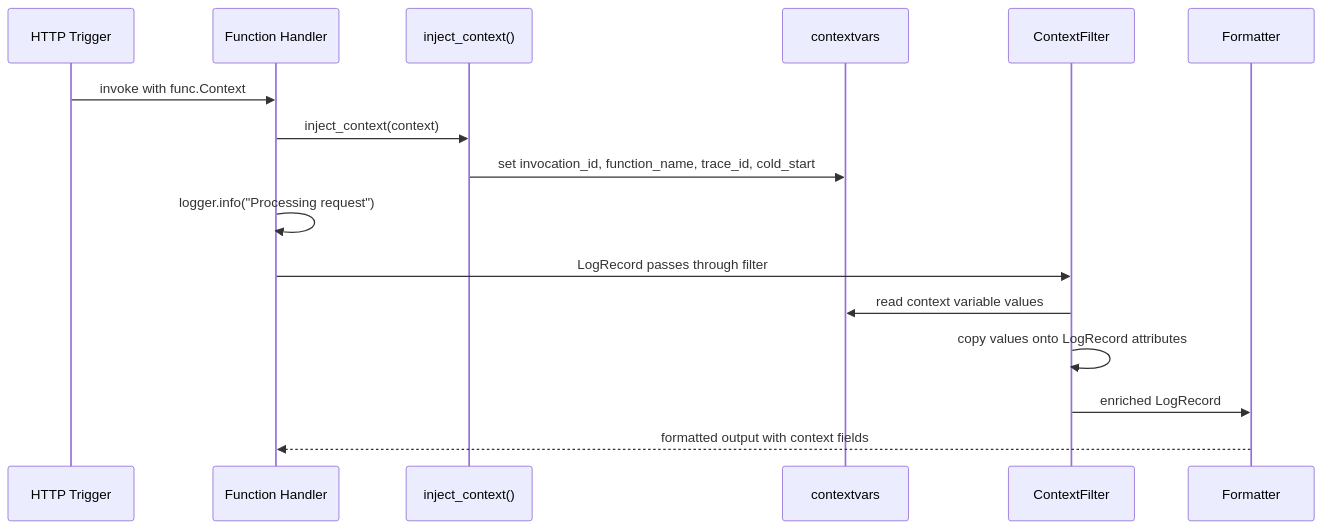
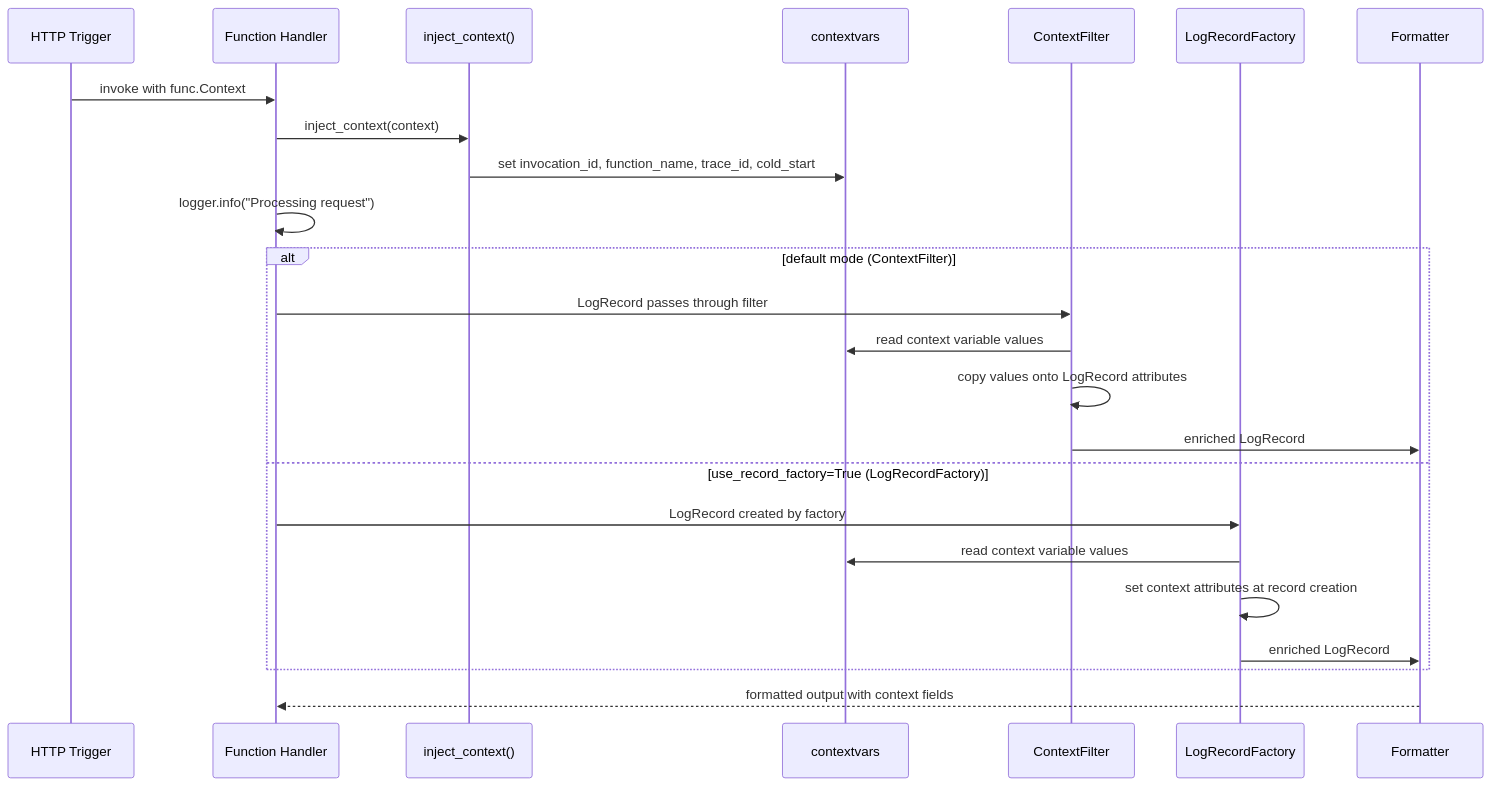
One commit to yeongseon/azure-functions-logging-python changed the second of 3 diagrams in docs/architecture.md. Above: the diagram before and after it, drawn with Mermaid. The commit also changed 4 other files, not shown here.

First line of the commit message:
docs: add pipeline diagram to READMEs and clarify injection modes (#213)

````diff
--- a/docs/architecture.md
+++ b/docs/architecture.md
@@ -160,19 +160,27 @@
 ```mermaid
 sequenceDiagram
     participant Trigger as HTTP Trigger
     participant Handler as Function Handler
     participant CTX as inject_context()
     participant Vars as contextvars
     participant CF as ContextFilter
+    participant LRF as LogRecordFactory
     participant Fmt as Formatter
 
     Trigger->>Handler: invoke with func.Context
     Handler->>CTX: inject_context(context)
     CTX->>Vars: set invocation_id, function_name, trace_id, cold_start
     Handler->>Handler: logger.info("Processing request")
-    Handler->>CF: LogRecord passes through filter
-    CF->>Vars: read context variable values
-    CF->>CF: copy values onto LogRecord attributes
-    CF->>Fmt: enriched LogRecord
+    alt default mode (ContextFilter)
+        Handler->>CF: LogRecord passes through filter
+        CF->>Vars: read context variable values
+        CF->>CF: copy values onto LogRecord attributes
+        CF->>Fmt: enriched LogRecord
+    else use_record_factory=True (LogRecordFactory)
+        Handler->>LRF: LogRecord created by factory
+        LRF->>Vars: read context variable values
+        LRF->>LRF: set context attributes at record creation
+        LRF->>Fmt: enriched LogRecord
+    end
     Fmt-->>Handler: formatted output with context fields
 ```
````
